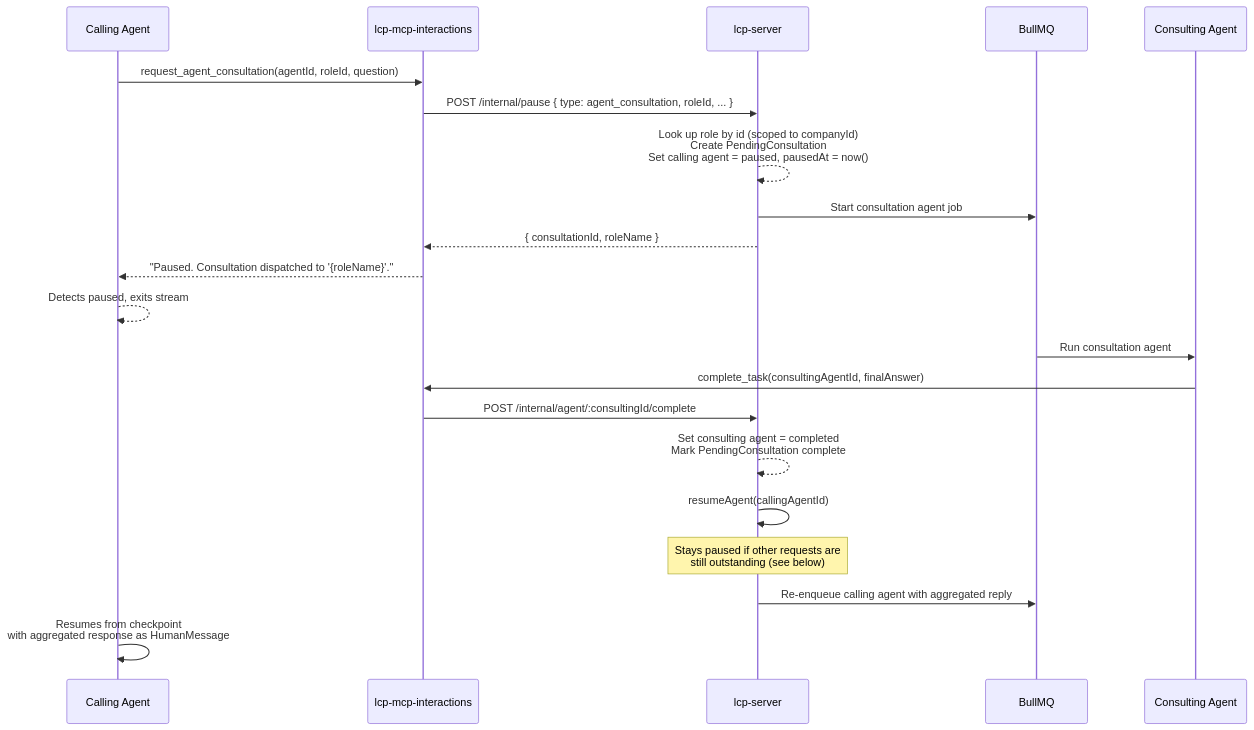
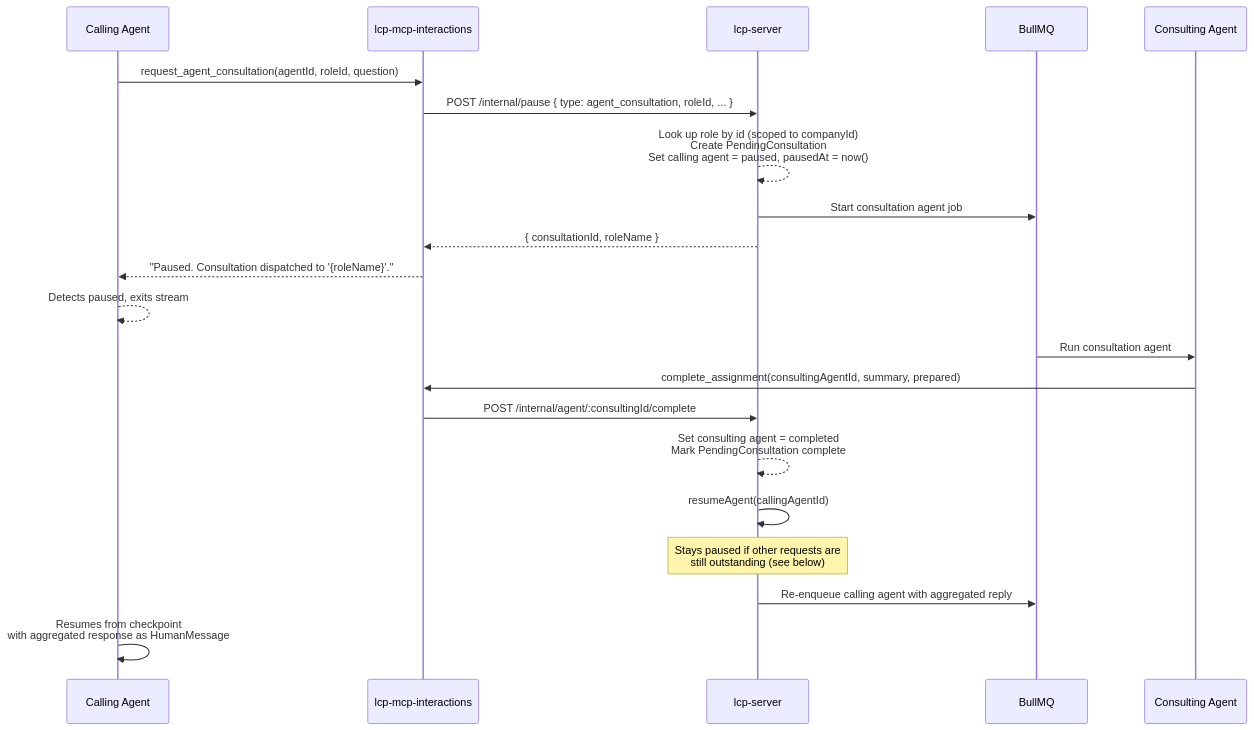
One commit to instantiator/tcp-server changed the diagram in docs/cross-agent-consultations.md. Above: the diagram before and after it, drawn with Mermaid. The commit also changed other lines of this file and 68 other files, not shown here.

````diff
--- a/docs/cross-agent-consultations.md
+++ b/docs/cross-agent-consultations.md
@@ -67,26 +67,26 @@
 ```mermaid
 sequenceDiagram
     participant CA as Calling Agent
     participant I as lcp-mcp-interactions
     participant S as lcp-server
     participant Q as BullMQ
     participant CON as Consulting Agent
 
     CA->>I: request_agent_consultation(agentId, roleId, question)
     I->>S: POST /internal/pause { type: agent_consultation, roleId, ... }
     S-->>S: Look up role by id (scoped to companyId)<br/>Create PendingConsultation<br/>Set calling agent = paused, pausedAt = now()
     S->>Q: Start consultation agent job
     S-->>I: { consultationId, roleName }
     I-->>CA: "Paused. Consultation dispatched to '{roleName}'."
     CA-->>CA: Detects paused, exits stream
 
     Q->>CON: Run consultation agent
-    CON->>I: complete_task(consultingAgentId, finalAnswer)
+    CON->>I: complete_assignment(consultingAgentId, summary, prepared)
     I->>S: POST /internal/agent/:consultingId/complete
     S-->>S: Set consulting agent = completed<br/>Mark PendingConsultation complete
     S->>S: resumeAgent(callingAgentId)
     Note over S: Stays paused if other requests are<br/>still outstanding (see below)
     S->>Q: Re-enqueue calling agent with aggregated reply
 
     CA->>CA: Resumes from checkpoint<br/>with aggregated response as HumanMessage
 ```
````
